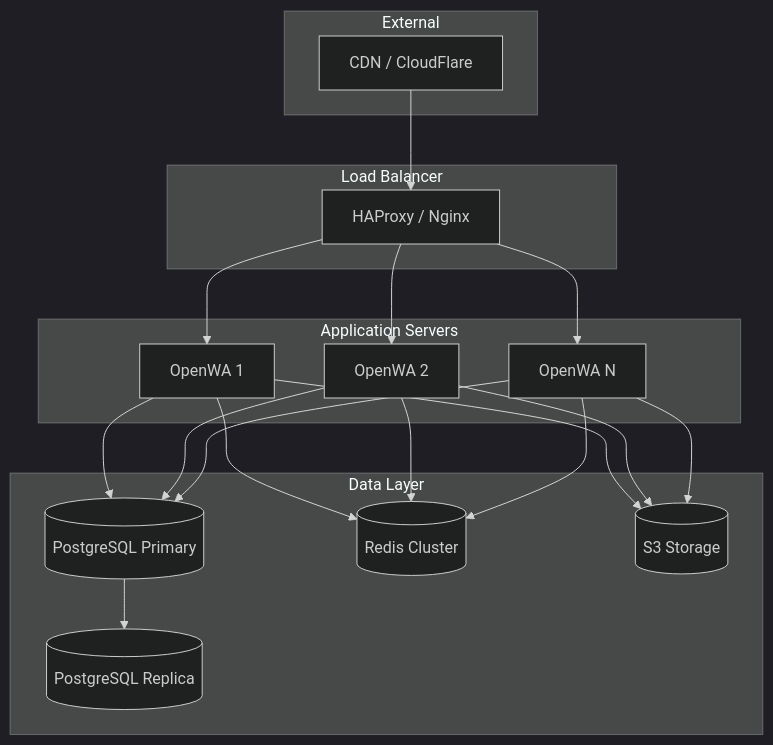
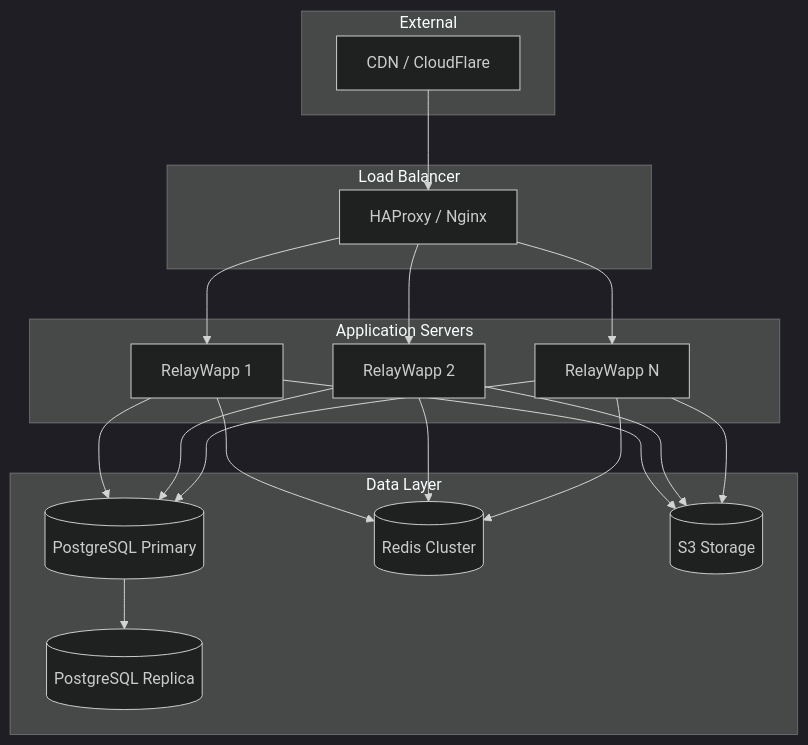
Before and after one commit to FaisalKabirGalib/whitelabel-whatsapp-gateway: the third of 5 diagrams in docs/10-devops-infrastructure.md, drawn with Mermaid (dark theme). The commit also changed other lines of this file and 51 other files, not shown here.

Commit message:
docs: rebrand documentation for RelayWapp

````diff
--- a/docs/10-devops-infrastructure.md
+++ b/docs/10-devops-infrastructure.md
@@ -353,30 +353,30 @@
 ```mermaid
 flowchart TB
     subgraph External["External"]
         CDN[CDN / CloudFlare]
     end
 
     subgraph LoadBalancer["Load Balancer"]
         LB[HAProxy / Nginx]
     end
 
     subgraph AppServers["Application Servers"]
-        APP1[OpenWA 1]
-        APP2[OpenWA 2]
-        APP3[OpenWA N]
+        APP1[RelayWapp 1]
+        APP2[RelayWapp 2]
+        APP3[RelayWapp N]
     end
 
     subgraph DataLayer["Data Layer"]
         PG[(PostgreSQL Primary)]
         PGR[(PostgreSQL Replica)]
         RD[(Redis Cluster)]
         S3[(S3 Storage)]
     end
 
     CDN --> LB
     LB --> APP1 & APP2 & APP3
     APP1 & APP2 & APP3 --> PG
     APP1 & APP2 & APP3 --> RD
     APP1 & APP2 & APP3 --> S3
     PG --> PGR
 ```
````
